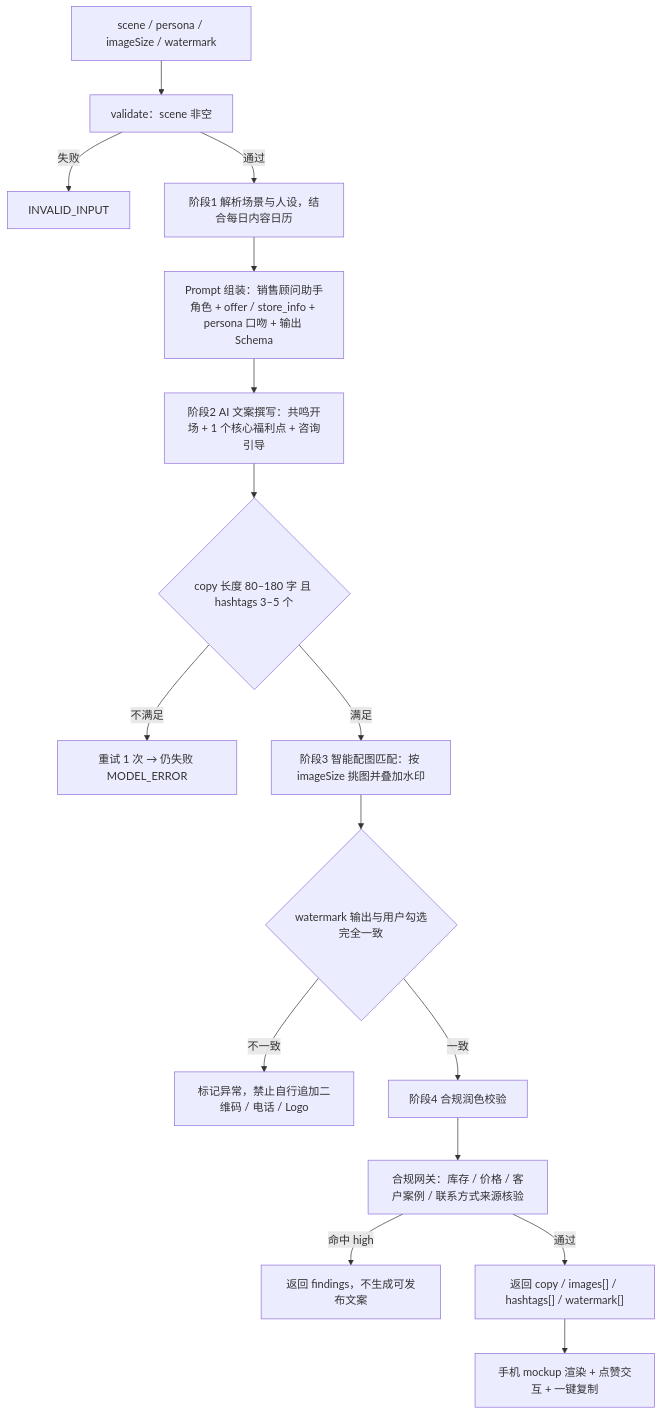
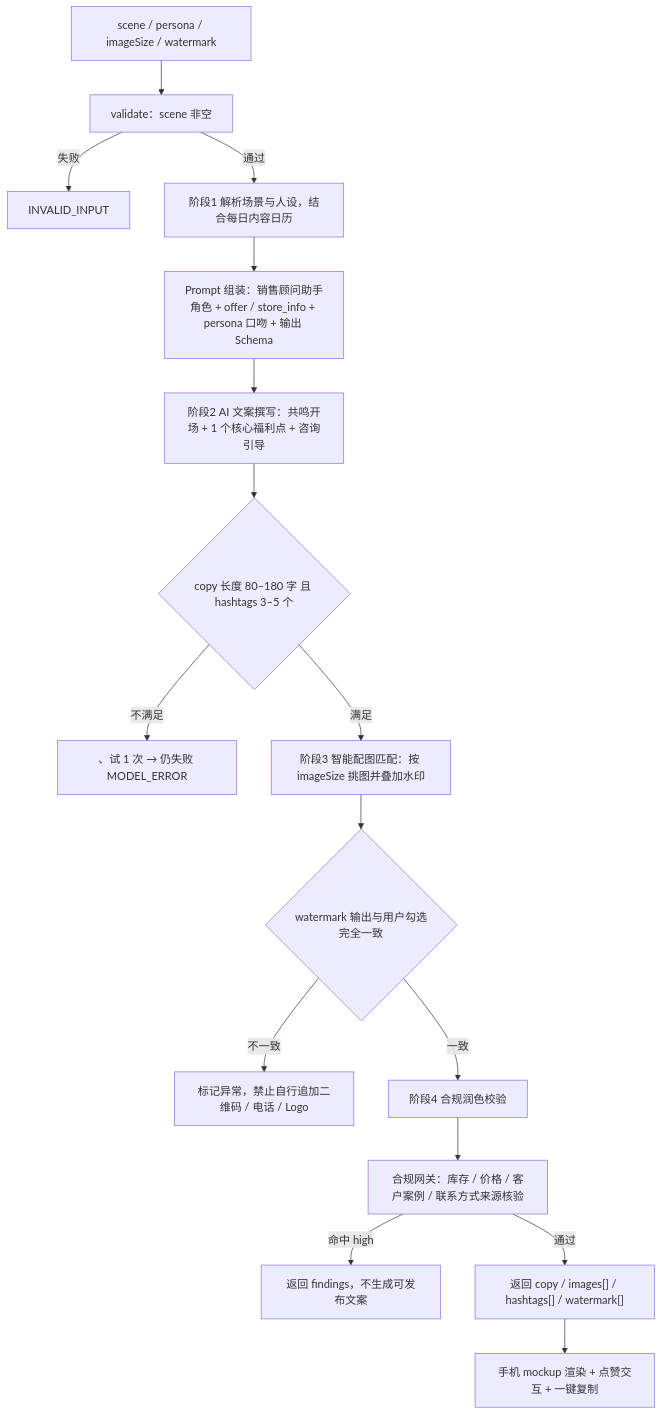
The fifth of 5 diagrams in docs/PRD.md (yangyang0723-ai/autoaigc), drawn with Mermaid before and after one commit. The commit also changed other lines of this file and 2 other files, not shown here.

````diff
--- a/docs/PRD.md
+++ b/docs/PRD.md
@@ -704,18 +704,18 @@
 ```mermaid
 flowchart TD
   A[scene / persona / imageSize / watermark] --> B["validate：scene 非空"]
   B -- 失败 --> B1[INVALID_INPUT]
   B -- 通过 --> C[阶段1 解析场景与人设，结合每日内容日历]
   C --> D["Prompt 组装：销售顾问助手角色 + offer / store_info + persona 口吻 + 输出 Schema"]
   D --> E[阶段2 AI 文案撰写：共鸣开场 + 1 个核心福利点 + 咨询引导]
   E --> F{"copy 长度 80–180 字 且 hashtags 3–5 个"}
-  F -- 不满足 --> F1[重试 1 次 → 仍失败 MODEL_ERROR]
+  F -- 不满足 --> F1[、试 1 次 → 仍失败 MODEL_ERROR]
   F -- 满足 --> G[阶段3 智能配图匹配：按 imageSize 挑图并叠加水印]
   G --> H{"watermark 输出与用户勾选完全一致"}
   H -- 不一致 --> H1[标记异常，禁止自行追加二维码 / 电话 / Logo]
   H -- 一致 --> I[阶段4 合规润色校验]
   I --> J[合规网关：库存 / 价格 / 客户案例 / 联系方式来源核验]
   J -- 命中 high --> J1["返回 findings，不生成可发布文案"]
   J -- 通过 --> K["返回 copy / images[] / hashtags[] / watermark[]"]
   K --> L[手机 mockup 渲染 + 点赞交互 + 一键复制]
 ```
````
